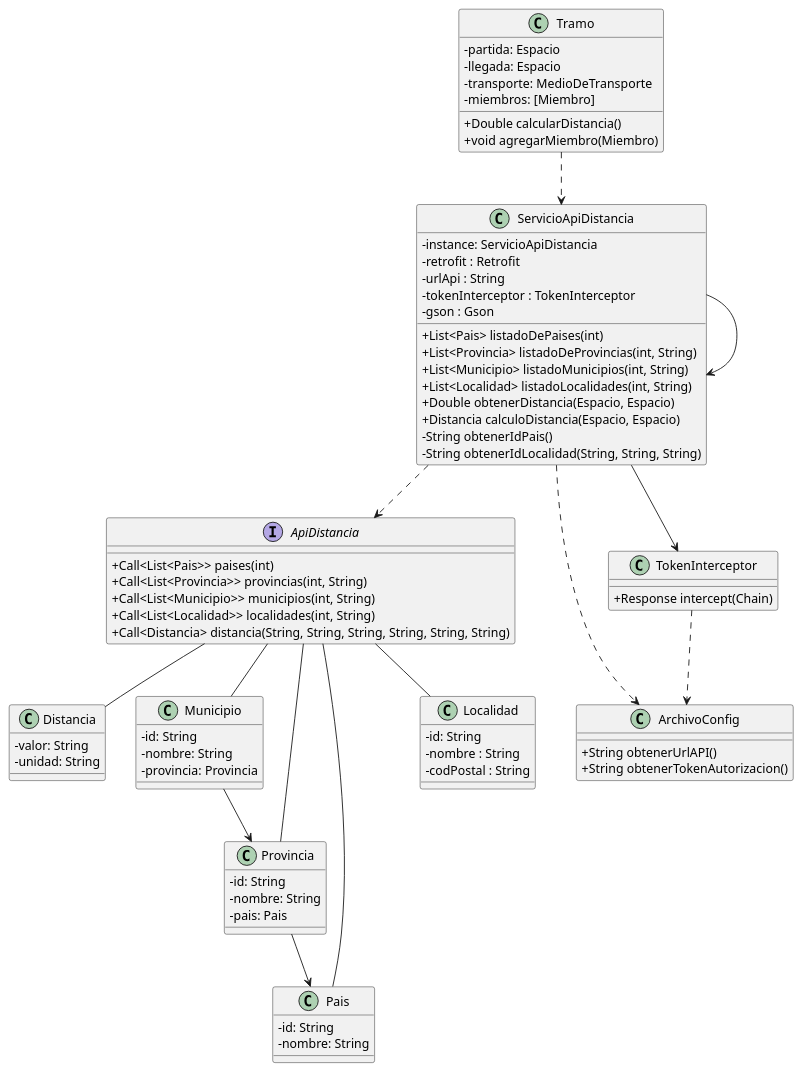
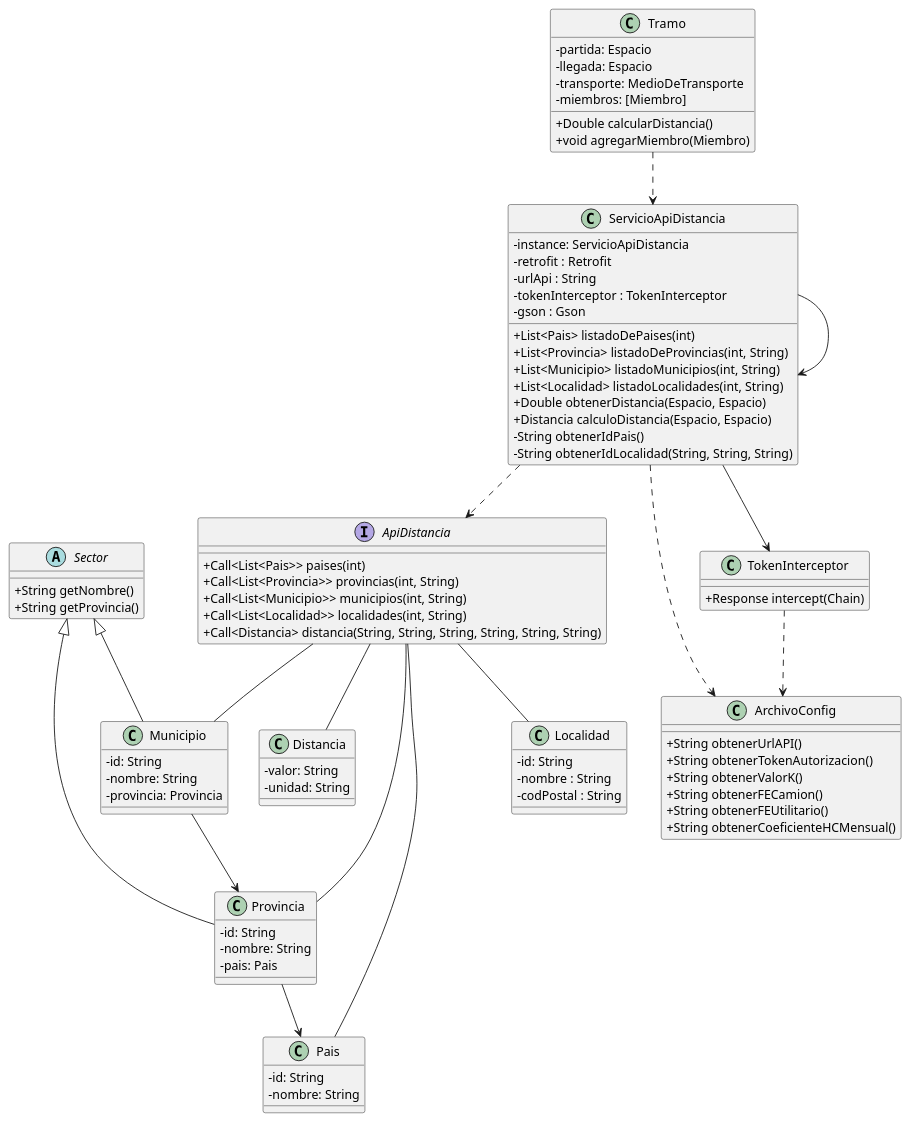
Before and after one commit to IgnacioG2000/TP-DDS: the diagram in src/ModeloDeAPI.puml, drawn with PlantUML. The commit also changed 17 other files, not shown here.

Commit message:
Eliminamos las unidades, hicimos el diagrama de secuencia, multiplicamos por dias el HC semanal y almacenamos los HC Mensuales por miembro

```diff
--- a/src/ModeloDeAPI.puml
+++ b/src/ModeloDeAPI.puml
@@ -1,97 +1,107 @@
 @startuml
 skinparam classAttributeIconSize 0
 
 interface ApiDistancia {
 + Call<List<Pais>> paises(int)
 + Call<List<Provincia>> provincias(int, String)
 + Call<List<Municipio>> municipios(int, String)
 + Call<List<Localidad>> localidades(int, String)
 + Call<Distancia> distancia(String, String, String, String, String, String)
 }
 
 class ArchivoConfig {
 
 + String obtenerUrlAPI()
 + String obtenerTokenAutorizacion()
++ String obtenerValorK()
++ String obtenerFECamion()
++ String obtenerFEUtilitario()
++ String obtenerCoeficienteHCMensual()
 }
 
 class Distancia {
 - valor: String
 - unidad: String
 }
 
-class Municipio {
+abstract class Sector {
+
++ String getNombre()
++ String getProvincia()
+}
+
+class Municipio extends Sector {
 - id: String
 - nombre: String
 - provincia: Provincia
 }
 
 class Pais {
 - id: String
 - nombre: String
 }
 
-class Provincia {
+class Provincia extends Sector {
 - id: String
 - nombre: String
 - pais: Pais
 }
 
 class Localidad {
 - id: String
 - nombre : String
 - codPostal : String
 }
 
 class Tramo {
 -partida: Espacio
 -llegada: Espacio
 -transporte: MedioDeTransporte
 -miembros: [Miembro]
 
 +Double calcularDistancia()
 +void agregarMiembro(Miembro)
 }
 
 class TokenInterceptor {
 
 + Response intercept(Chain)
 }
 
 class ServicioApiDistancia {
 - instance: ServicioApiDistancia
 - retrofit : Retrofit
 - urlApi : String
 - tokenInterceptor : TokenInterceptor
 - gson : Gson
 
 + List<Pais> listadoDePaises(int)
 + List<Provincia> listadoDeProvincias(int, String)
 + List<Municipio> listadoMunicipios(int, String)
 + List<Localidad> listadoLocalidades(int, String)
 + Double obtenerDistancia(Espacio, Espacio)
 + Distancia calculoDistancia(Espacio, Espacio)
 - String obtenerIdPais()
 - String obtenerIdLocalidad(String, String, String)
 }
 
 ApiDistancia -- Pais
 ApiDistancia -- Provincia
 ApiDistancia -- Localidad
 ApiDistancia -- Municipio
 ApiDistancia -- Distancia
 
 ServicioApiDistancia --> ServicioApiDistancia
 ServicioApiDistancia ..> ApiDistancia
 ServicioApiDistancia ..> ArchivoConfig
 ServicioApiDistancia --> TokenInterceptor
 
 TokenInterceptor ..> ArchivoConfig
 
 Provincia --> Pais
 
 Municipio --> Provincia
 
 Tramo ..> ServicioApiDistancia
 
 @enduml
```
